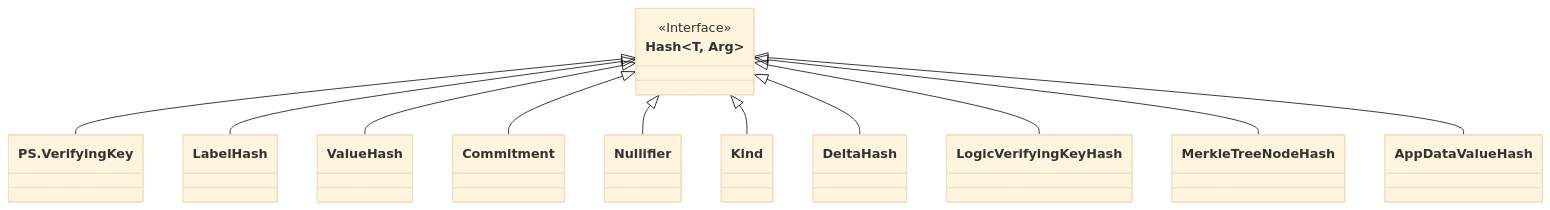
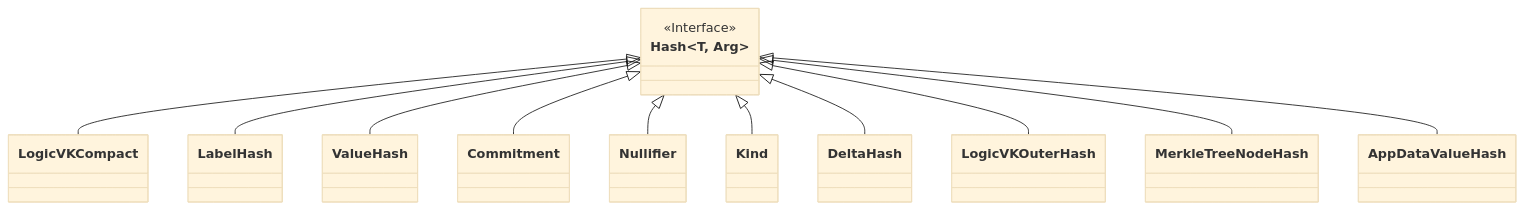
The diagram in docs/arch/system/state/resource_machine/primitive_interfaces/fixed_size_type/hash.juvix.md (anoma/nspec), drawn with Mermaid (base theme) before and after one commit. The commit also changed 6 other files, not shown here.

````diff
--- a/docs/arch/system/state/resource_machine/primitive_interfaces/fixed_size_type/hash.juvix.md
+++ b/docs/arch/system/state/resource_machine/primitive_interfaces/fixed_size_type/hash.juvix.md
@@ -26,22 +26,22 @@
 ```mermaid
 
 classDiagram
 
     class Hash~T, Arg~ {
          <<Interface>>
     }
 
-    Hash <|-- PS.VerifyingKey
+    Hash <|-- LogicVKCompact
     Hash <|-- LabelHash
     Hash <|-- ValueHash
 
     Hash <|-- Commitment
     Hash <|-- Nullifier
     Hash <|-- Kind
     Hash <|-- DeltaHash
-    Hash <|-- LogicVerifyingKeyHash
+    Hash <|-- LogicVKOuterHash
     Hash <|-- MerkleTreeNodeHash
 
     Hash <|-- AppDataValueHash
 
 ```
````
